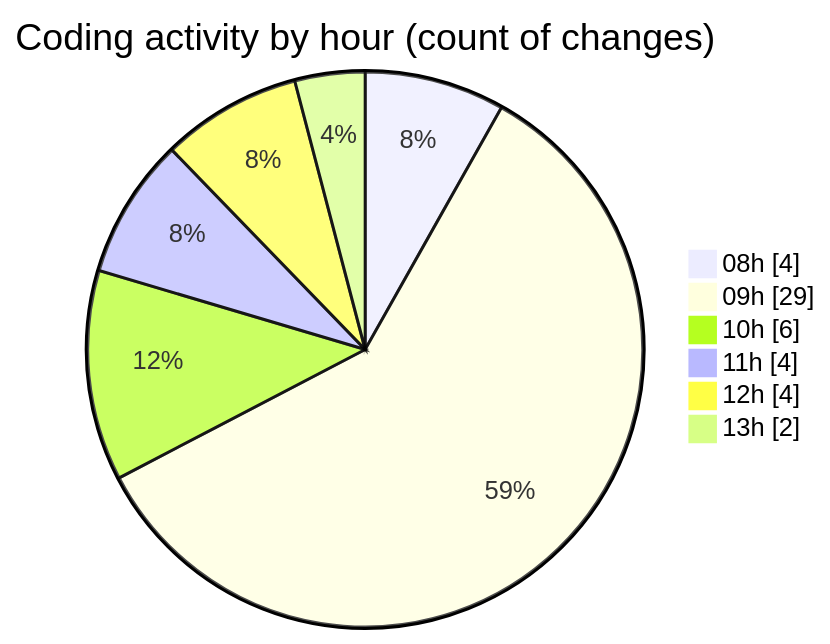
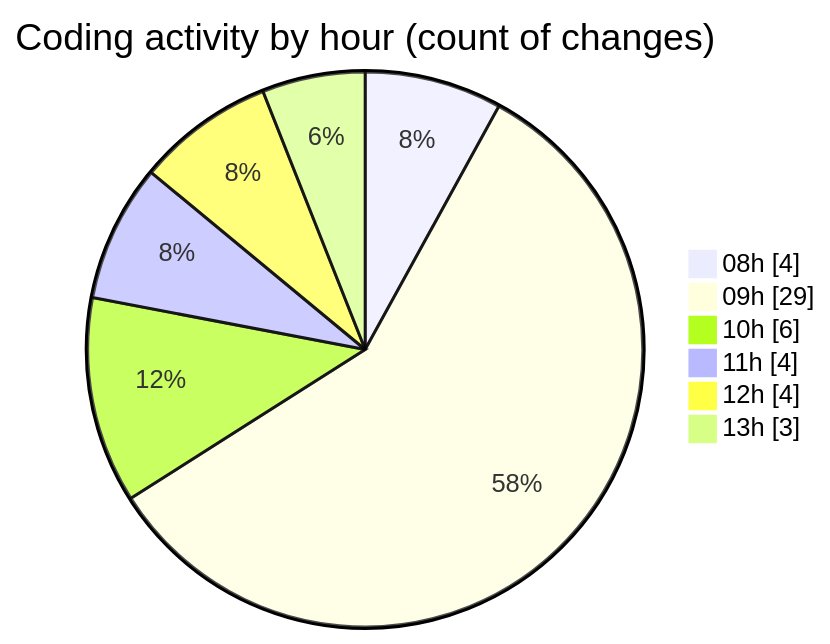
The second of 2 diagrams in 2026-09-17/cda/README.md (momahboobian/code-tracking), drawn with Mermaid before and after one commit. The commit also changed other lines of this file and 1 other file, not shown here.

````diff
--- a/2026-09-17/cda/README.md
+++ b/2026-09-17/cda/README.md
@@ -55,10 +55,10 @@
 ```mermaid
 pie showData
 title Coding activity by hour (count of changes)
 "08h" : 4
 "09h" : 29
 "10h" : 6
 "11h" : 4
 "12h" : 4
-"13h" : 2
+"13h" : 3
 ```
````
